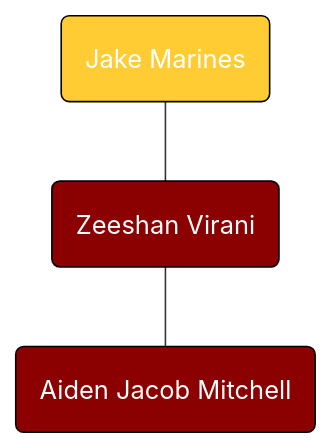
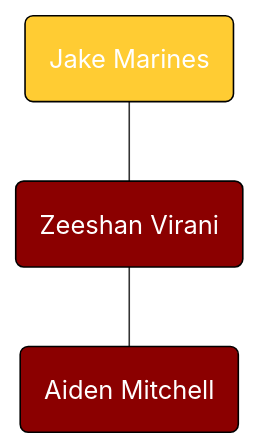
The diagram in Jake Marines’ Line.md (gianlezotte/familytree), drawn with Mermaid before and after one commit. The commit also changed 19 other files, not shown here.

````diff
--- a/Jake Marines’ Line.md
+++ b/Jake Marines’ Line.md
@@ -1,13 +1,13 @@
 ```mermaid
 flowchart TD
 
 %% Colors %%
 
-classDef blue fill:#8B0000,stroke:#000,color:#FFF
-classDef green fill:#FFCC33,stroke:#000,color:#FFF
+classDef red fill:#8B0000,stroke:#000,color:#FFF
+classDef gold fill:#FFCC33,stroke:#000,color:#FFF
 
 %% Jake Marines' Line %%
-M224(Jake Marines):::green---M265
-M265(Zeeshan Virani):::blue---M284
-M284(Aiden Jacob Mitchell):::blue
+M224(Jake Marines):::gold---M265
+M265(Zeeshan Virani):::red---M284
+M284(Aiden Mitchell):::red
 ```
````
